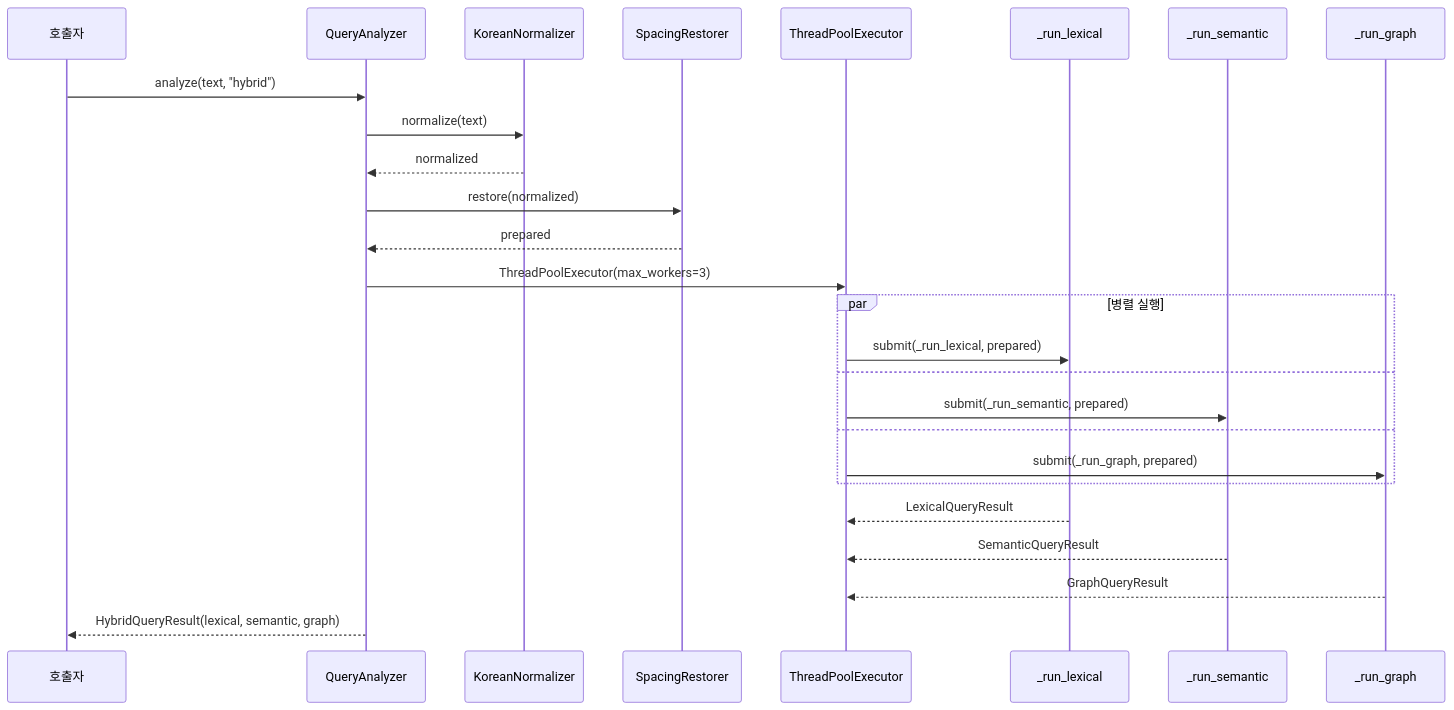
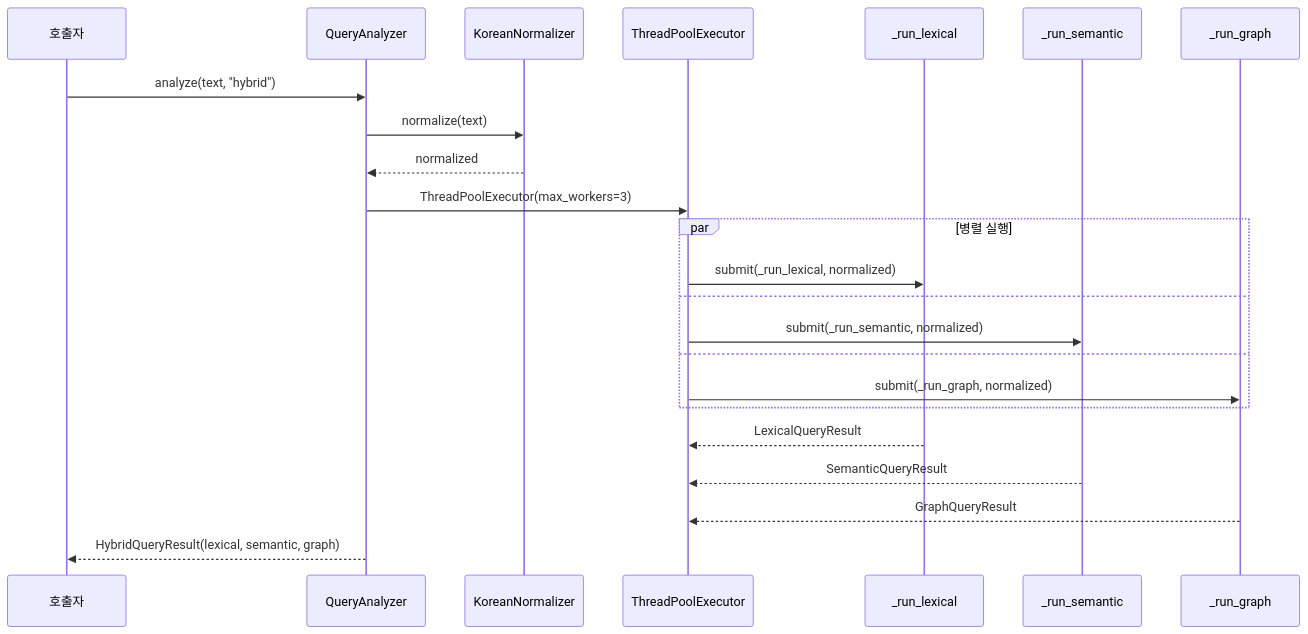
Before and after one commit to Namkyungyun/nlp-core: the seventh of 8 diagrams in docs/SPEC.md, drawn with Mermaid. The commit also changed other lines of this file and 17 other files, not shown here.

First line of the commit message:
refactor: remove SpacingRestorer from SDK

````diff
--- a/docs/SPEC.md
+++ b/docs/SPEC.md
@@ -774,31 +687,28 @@
 ```mermaid
 sequenceDiagram
     participant C as 호출자
     participant QA as QueryAnalyzer
     participant N as KoreanNormalizer
-    participant SR as SpacingRestorer
     participant TPE as ThreadPoolExecutor
     participant LEX as _run_lexical
     participant SEM as _run_semantic
     participant GPH as _run_graph
 
     C->>QA: analyze(text, "hybrid")
     QA->>N: normalize(text)
     N-->>QA: normalized
-    QA->>SR: restore(normalized)
-    SR-->>QA: prepared
 
     QA->>TPE: ThreadPoolExecutor(max_workers=3)
     par 병렬 실행
-        TPE->>LEX: submit(_run_lexical, prepared)
+        TPE->>LEX: submit(_run_lexical, normalized)
     and
-        TPE->>SEM: submit(_run_semantic, prepared)
+        TPE->>SEM: submit(_run_semantic, normalized)
     and
-        TPE->>GPH: submit(_run_graph, prepared)
+        TPE->>GPH: submit(_run_graph, normalized)
     end
     LEX-->>TPE: LexicalQueryResult
     SEM-->>TPE: SemanticQueryResult
     GPH-->>TPE: GraphQueryResult
 
     QA-->>C: HybridQueryResult(lexical, semantic, graph)
 ```
````
